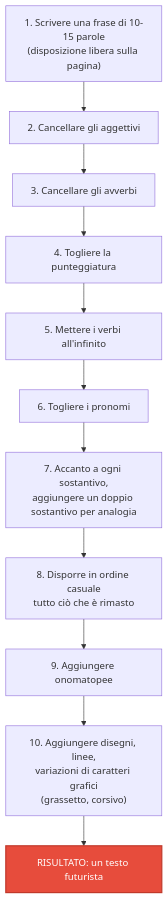
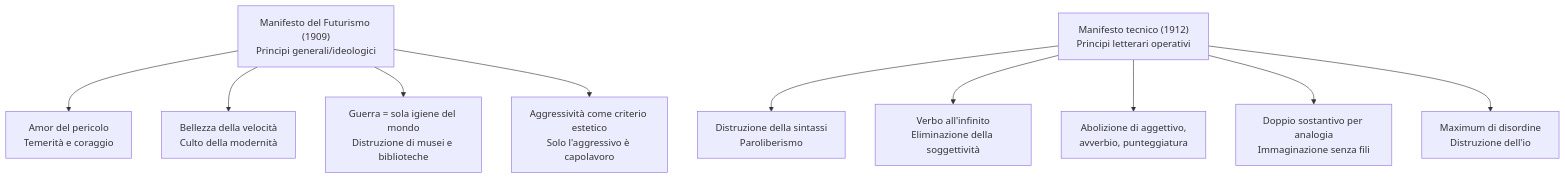
Before and after one commit to riccardo-algorime/appunti-5Bsa: the second of 3 diagrams in italiano/futurismo/mega-schema.md, drawn with Mermaid. The commit also changed other lines of this file and 23 other files, not shown here.

````diff
--- a/italiano/futurismo/mega-schema.md
+++ b/italiano/futurismo/mega-schema.md
@@ -584,15 +175,13 @@
 ```mermaid
 flowchart TD
-    A["1. Scrivere una frase di 10-15 parole<br/>(disposizione libera sulla pagina)"] --> B["2. Cancellare gli aggettivi"]
-    B --> C["3. Cancellare gli avverbi"]
-    C --> D["4. Togliere la punteggiatura"]
-    D --> E["5. Mettere i verbi all'infinito"]
-    E --> F["6. Togliere i pronomi"]
-    F --> G["7. Accanto a ogni sostantivo,<br/>aggiungere un doppio sostantivo per analogia"]
-    G --> H["8. Disporre in ordine casuale<br/>tutto ciò che è rimasto"]
-    H --> I["9. Aggiungere onomatopee"]
-    I --> J["10. Aggiungere disegni, linee,<br/>variazioni di caratteri grafici<br/>(grassetto, corsivo)"]
-    J --> K["RISULTATO: un testo futurista"]
-
-    style K fill:#e74c3c,stroke:#c0392b,color:#fff,stroke-width:2px
+    A["Manifesto del Futurismo (1909)<br/>Principi generali/ideologici"] --> B["Amor del pericolo<br/>Temerità e coraggio"]
+    A --> C["Bellezza della velocità<br/>Culto della modernità"]
+    A --> D["Guerra = sola igiene del mondo<br/>Distruzione di musei e biblioteche"]
+    A --> E["Aggressività come criterio estetico<br/>Solo l'aggressivo è capolavoro"]
+    
+    F["Manifesto tecnico (1912)<br/>Principi letterari operativi"] --> G["Distruzione della sintassi<br/>Paroliberismo"]
+    F --> H["Verbo all'infinito<br/>Eliminazione della soggettività"]
+    F --> I["Abolizione di aggettivo,<br/>avverbio, punteggiatura"]
+    F --> J["Doppio sostantivo per analogia<br/>Immaginazione senza fili"]
+    F --> K["Maximum di disordine<br/>Distruzione dell'io"]
 ```
````
